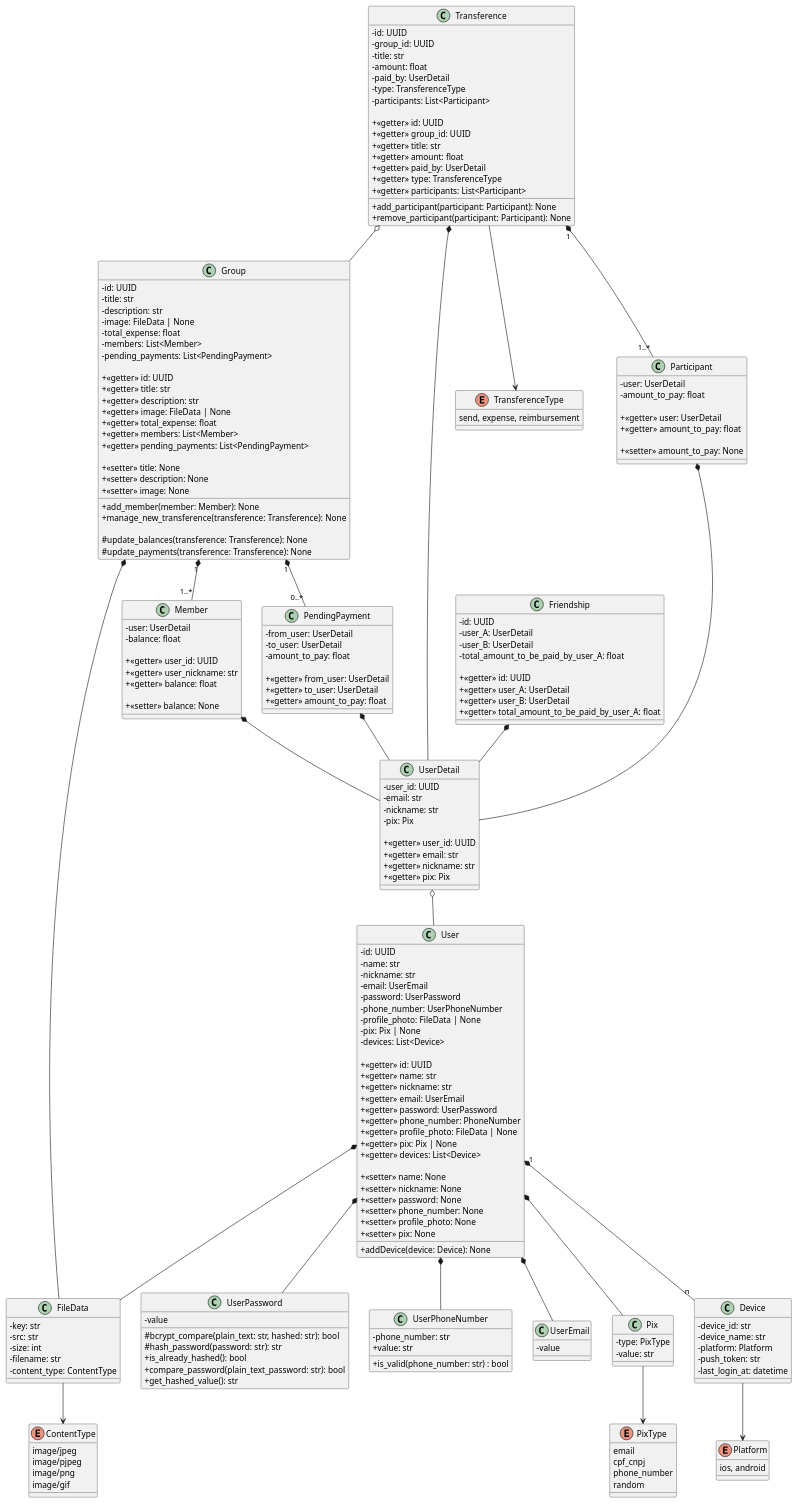
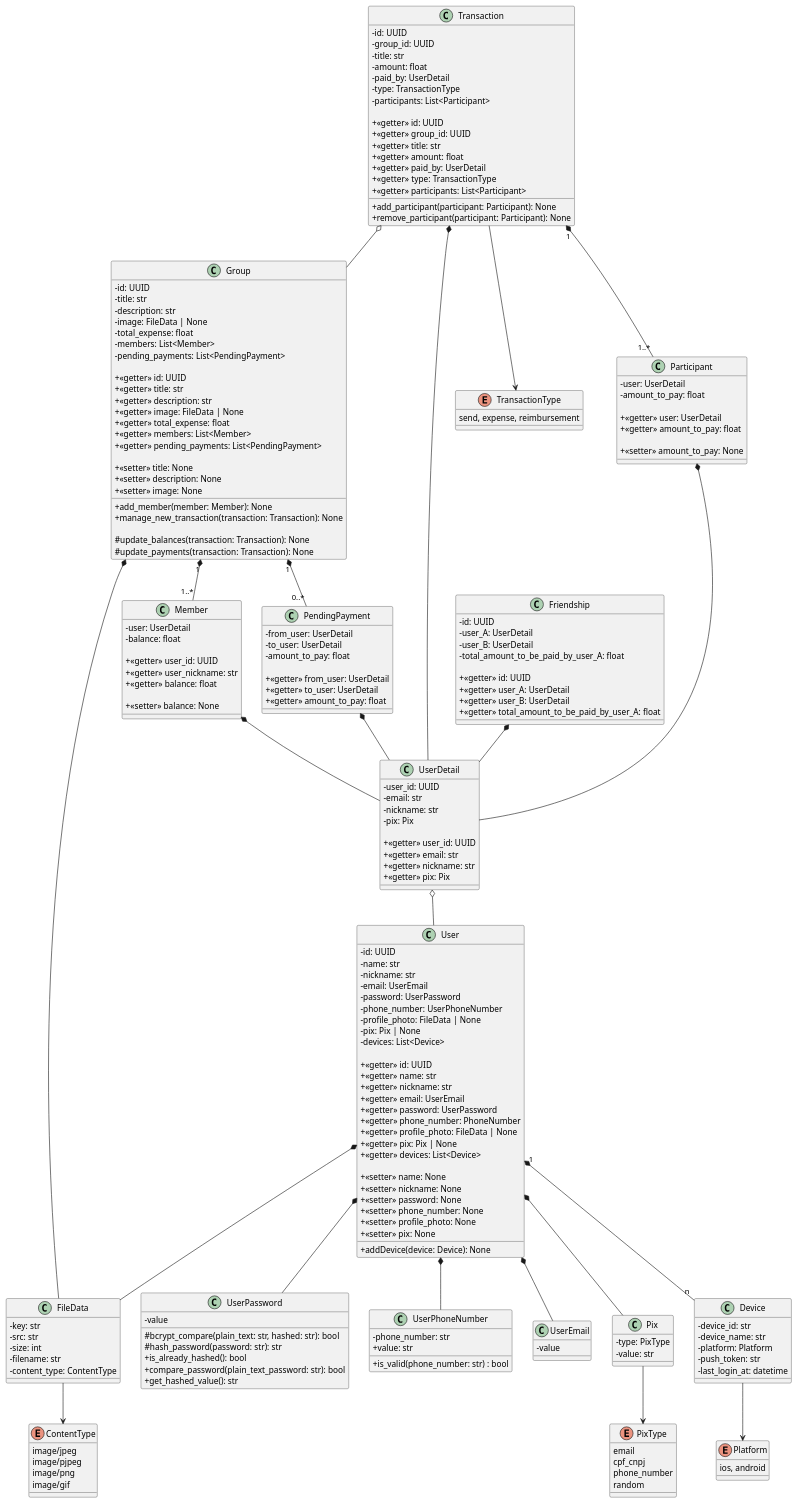
One commit to joaopedropiraja/FazAConta-backend changed the diagram in uml/uml.puml. Above: the diagram before and after it, drawn with PlantUML. The commit also changed 25 other files, not shown here.

```diff
--- a/uml/uml.puml
+++ b/uml/uml.puml
@@ -140,10 +140,10 @@
   + <<setter>> image: None
 
   + add_member(member: Member): None
-  + manage_new_transference(transference: Transference): None
+  + manage_new_transaction(transaction: Transaction): None
 
-  # update_balances(transference: Transference): None
-  # update_payments(transference: Transference): None
+  # update_balances(transaction: Transaction): None
+  # update_payments(transaction: Transaction): None
 }
 
 class Member {
@@ -157,13 +157,13 @@
   + <<setter>> balance: None
 }
 
-class Transference {
+class Transaction {
   - id: UUID
   - group_id: UUID
   - title: str
   - amount: float
   - paid_by: UserDetail
-  - type: TransferenceType
+  - type: TransactionType
   - participants: List<Participant>
 
   + <<getter>> id: UUID
@@ -171,14 +171,14 @@
   + <<getter>> title: str
   + <<getter>> amount: float
   + <<getter>> paid_by: UserDetail
-  + <<getter>> type: TransferenceType
+  + <<getter>> type: TransactionType
   + <<getter>> participants: List<Participant>
 
   + add_participant(participant: Participant): None
   + remove_participant(participant: Participant): None
 }
 
-enum TransferenceType {
+enum TransactionType {
   send, expense, reimbursement
 }
 
@@ -209,10 +209,10 @@
 Member *-- UserDetail
 PendingPayment *-- UserDetail
 
-Transference o-- Group
-Transference *-- UserDetail
-Transference "1" *-- "1..*" Participant
-Transference --> TransferenceType
+Transaction o-- Group
+Transaction *-- UserDetail
+Transaction "1" *-- "1..*" Participant
+Transaction --> TransactionType
 
 Participant *-- UserDetail
 
```
